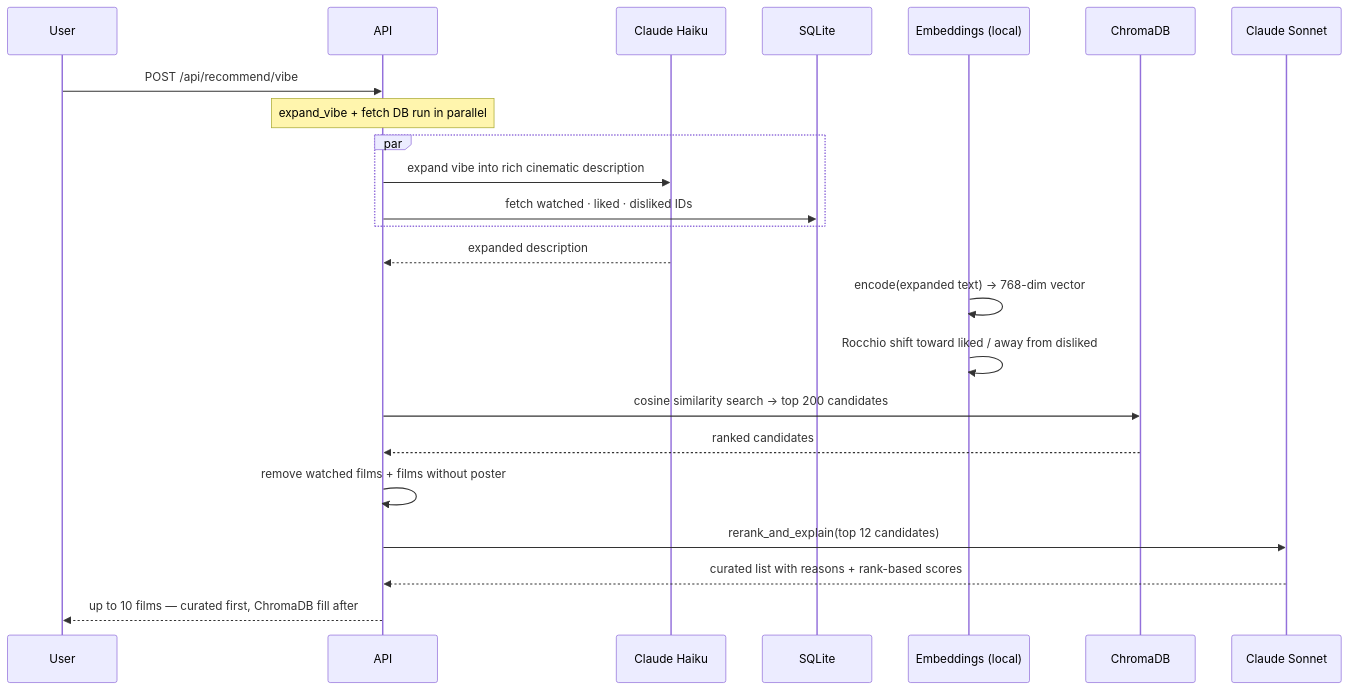
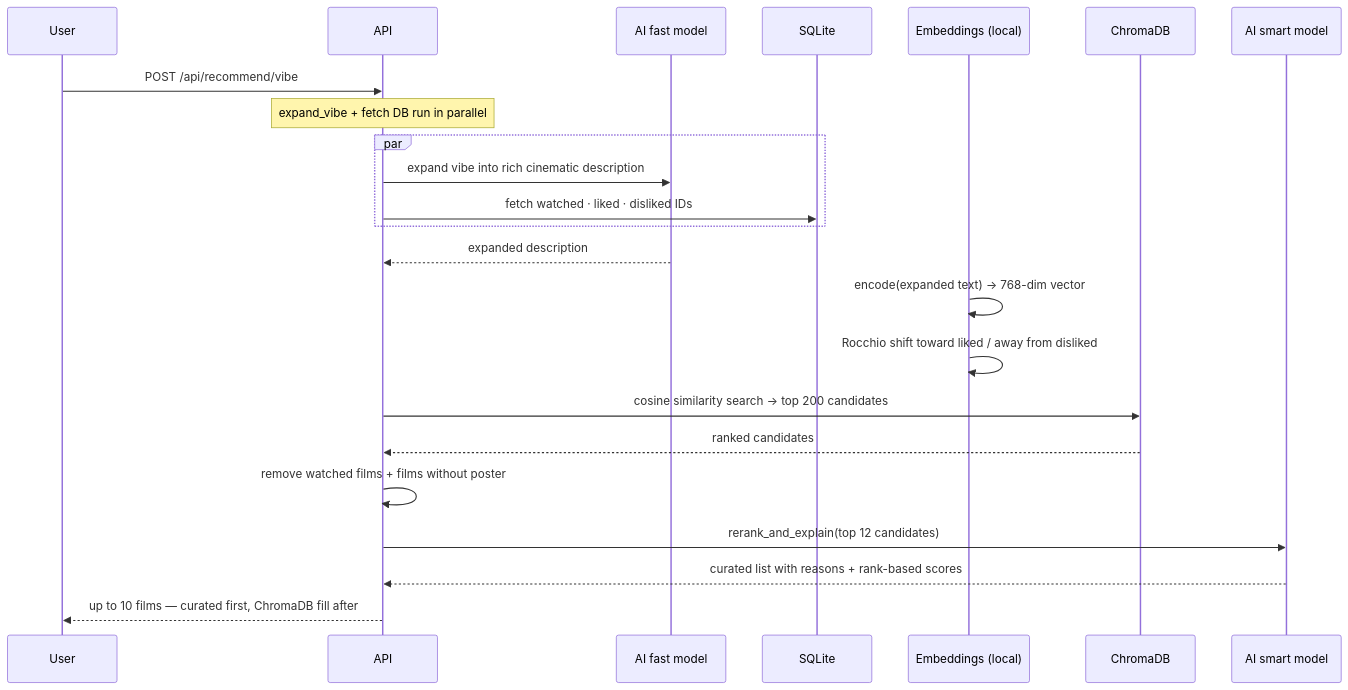
Before and after one commit to albaroca1503/Kuleshov-Lab: the second of 3 diagrams in README.md, drawn with Mermaid. The commit also changed other lines of this file and 5 other files, not shown here.

````diff
--- a/README.md
+++ b/README.md
@@ -67,26 +67,26 @@
 ```mermaid
 sequenceDiagram
     participant User
     participant API
-    participant Haiku as Claude Haiku
+    participant Fast as AI fast model
     participant DB as SQLite
     participant Emb as Embeddings (local)
     participant VDB as ChromaDB
-    participant Sonnet as Claude Sonnet
+    participant Smart as AI smart model
 
     User->>API: POST /api/recommend/vibe
     note over API: expand_vibe + fetch DB run in parallel
     par
-        API->>Haiku: expand vibe into rich cinematic description
+        API->>Fast: expand vibe into rich cinematic description
         API->>DB: fetch watched · liked · disliked IDs
     end
-    Haiku-->>API: expanded description
+    Fast-->>API: expanded description
     Emb->>Emb: encode(expanded text) → 768-dim vector
     Emb->>Emb: Rocchio shift toward liked / away from disliked
     API->>VDB: cosine similarity search → top 200 candidates
     VDB-->>API: ranked candidates
     API->>API: remove watched films + films without poster
-    API->>Sonnet: rerank_and_explain(top 12 candidates)
-    Sonnet-->>API: curated list with reasons + rank-based scores
+    API->>Smart: rerank_and_explain(top 12 candidates)
+    Smart-->>API: curated list with reasons + rank-based scores
     API-->>User: up to 10 films — curated first, ChromaDB fill after
 ```
````
